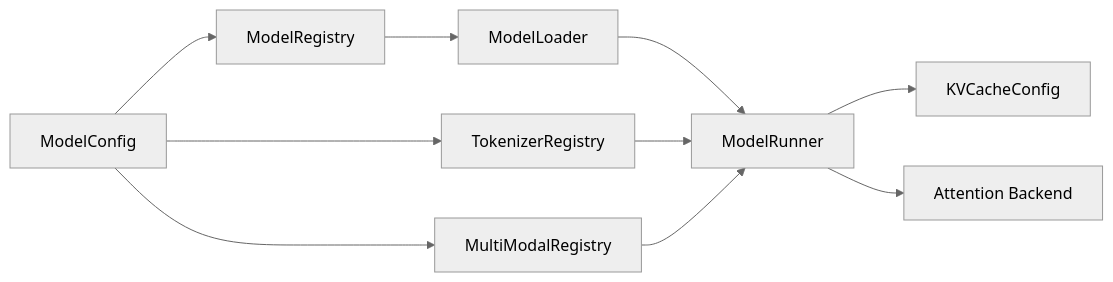
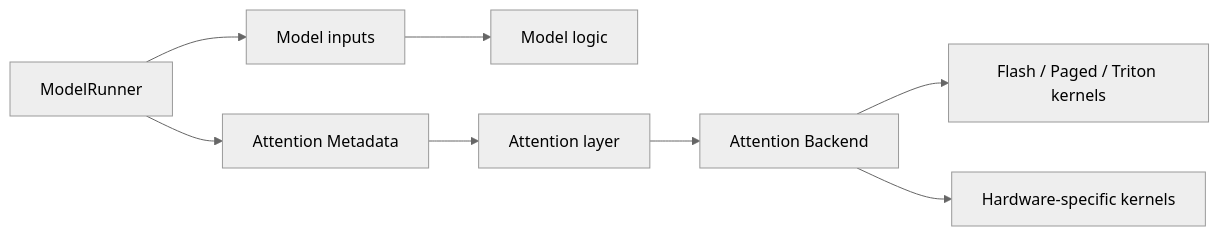
Diagram 25 of 32 in _posts/2026-08-15-deep-dive-into-vllm.md (arganzheng/arganzheng.github.com), drawn with Mermaid (neutral theme) before and after one commit. The commit also changed other lines of this file, not shown here.

````diff
--- a/_posts/2026-08-15-deep-dive-into-vllm.md
+++ b/_posts/2026-08-15-deep-dive-into-vllm.md
@@ -6590,13 +6925,10 @@
 ```mermaid
 flowchart LR
-    MC[ModelConfig] --> MR[ModelRegistry]
-    MR --> ML[ModelLoader]
-    ML --> RUN[ModelRunner]
-
-    RUN --> KVC[KVCacheConfig]
-    RUN --> AB[Attention Backend]
-    MC --> TR[TokenizerRegistry]
-    MC --> MMR[MultiModalRegistry]
-    TR --> RUN
-    MMR --> RUN
+    R[ModelRunner] --> I[Model inputs]
+    R --> M[Attention Metadata]
+    I --> ML[Model logic]
+    M --> AL[Attention layer]
+    AL --> AB[Attention Backend]
+    AB --> K1[Flash / Paged / Triton kernels]
+    AB --> K2[Hardware-specific kernels]
 ```
````
